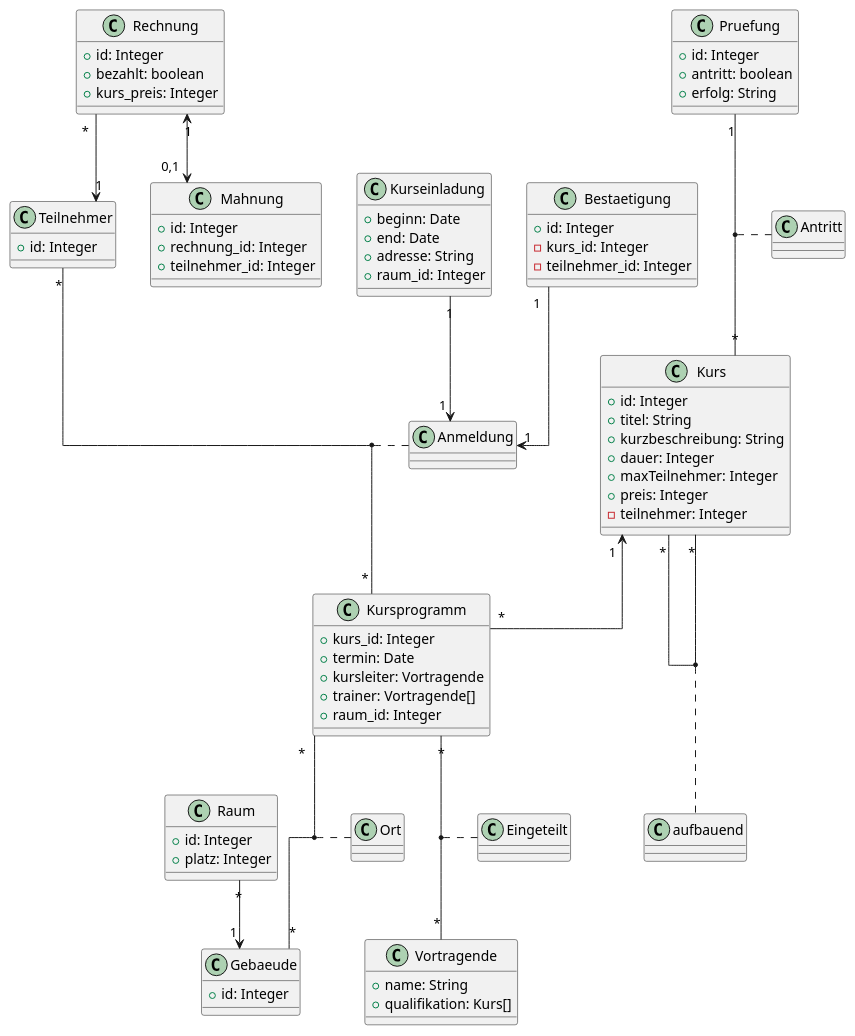
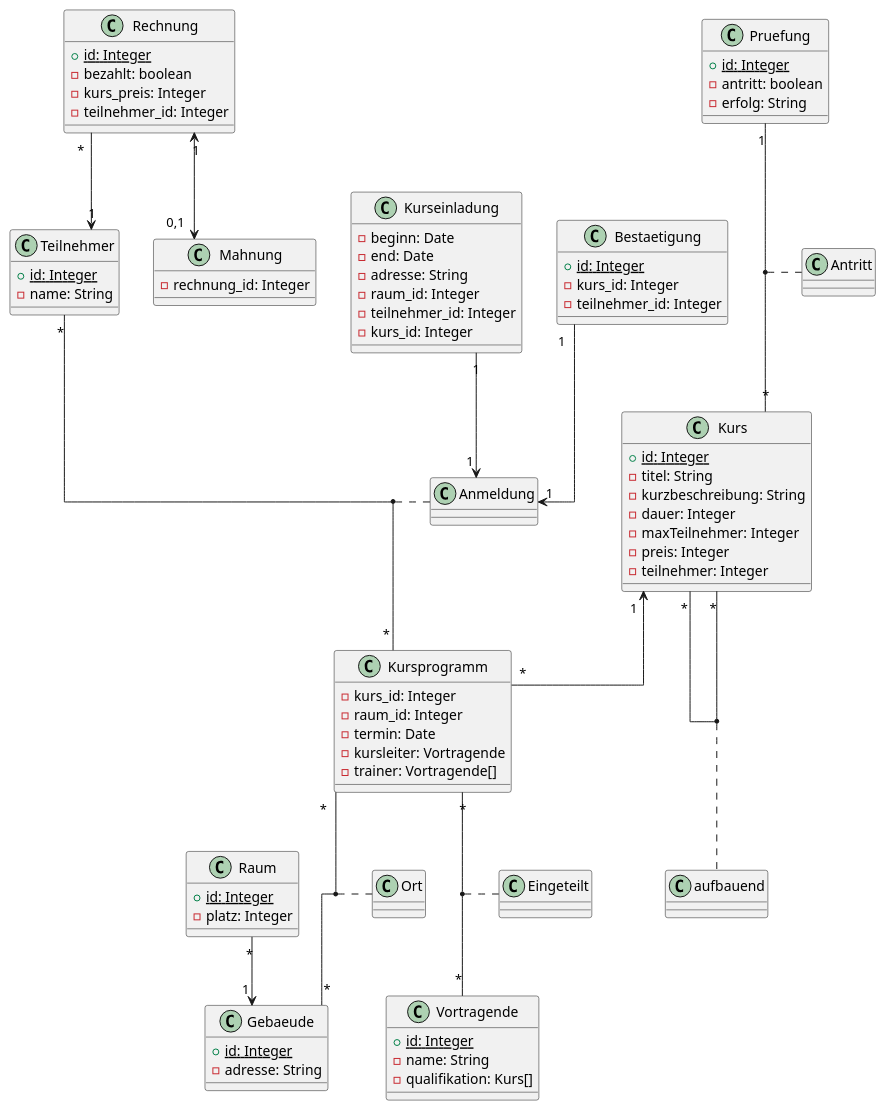
One commit to floradallinger/htl3 changed the diagram in syp/plantuml_uebungen/001_kursverwaltung.puml. Above: the diagram before and after it, drawn with PlantUML. The commit also changed 1 other file, not shown here.

Commit message:
small mistake at the uml and did a small task in nscs (shell program to safe files)

```diff
--- a/syp/plantuml_uebungen/001_kursverwaltung.puml
+++ b/syp/plantuml_uebungen/001_kursverwaltung.puml
@@ -1,105 +1,109 @@
 @startuml
 skinparam linetype ortho
 'https://plantuml.com/class-diagram
 
 class Kurs{
-+id: Integer
-+titel: String
-+kurzbeschreibung: String
-+dauer: Integer
-+maxTeilnehmer: Integer
-+preis: Integer
++{static}id: Integer
+-titel: String
+-kurzbeschreibung: String
+-dauer: Integer
+-maxTeilnehmer: Integer
+-preis: Integer
 -teilnehmer: Integer
 }
 
 class Kursprogramm{
-+kurs_id: Integer
-+termin: Date
-+kursleiter: Vortragende
-+trainer: Vortragende[]
-+raum_id: Integer
+-kurs_id: Integer
+-raum_id: Integer
+-termin: Date
+-kursleiter: Vortragende
+-trainer: Vortragende[]
 }
 
 class Raum{
-+id: Integer
-+platz: Integer
++{static}id: Integer
+-platz: Integer
 }
 
 class Gebaeude{
-+id: Integer
++{static}id: Integer
+-adresse: String
 }
 
 class Vortragende{
-+name: String
-+qualifikation: Kurs[]
++{static}id: Integer
+-name: String
+-qualifikation: Kurs[]
 }
 
 class Kurseinladung{
-+beginn: Date
-+end: Date
-+adresse: String
-+raum_id: Integer
+-beginn: Date
+-end: Date
+-adresse: String
+-raum_id: Integer
+-teilnehmer_id: Integer
+-kurs_id: Integer
 }
 
 class Teilnehmer{
-+id: Integer
++{static}id: Integer
+-name: String
 }
 
 class Bestaetigung{
-+id: Integer
++{static}id: Integer
 -kurs_id: Integer
 -teilnehmer_id: Integer
 }
 
 class Rechnung{
-+ id: Integer
-+ bezahlt: boolean
-+ kurs_preis: Integer
++{static}id: Integer
+-bezahlt: boolean
+-kurs_preis: Integer
+-teilnehmer_id: Integer
 }
 
 class Mahnung{
-+id: Integer
-+rechnung_id: Integer
-+teilnehmer_id: Integer
+-rechnung_id: Integer
 }
 
 class Pruefung{
-+id: Integer
-+antritt: boolean
-+erfolg: String
++{static}id: Integer
+-antritt: boolean
+-erfolg: String
 }
 
 
 Kurs "*"--"*" Kurs
 
 (Kurs, Kurs) .. aufbauend
 
 Raum "*"-->"1" Gebaeude
 
 Kurs "1"<--"*" Kursprogramm
 
 Kursprogramm "*"--"*" Gebaeude
 
 (Kursprogramm, Gebaeude) .. Ort
 
 Kursprogramm "*"--"*" Vortragende
 
 (Kursprogramm, Vortragende) .. Eingeteilt
 
 Kurseinladung "1"-->"1" Anmeldung
 
 Bestaetigung "1"-->"1" Anmeldung
 
 Rechnung "*"-->"1" Teilnehmer
 
 Teilnehmer "*"--"*" Kursprogramm
 
 (Teilnehmer, Kursprogramm) .. Anmeldung
 
 Rechnung "1"<-->"0,1" Mahnung
 
 Pruefung "1"--"*" Kurs
 
 (Pruefung, Kurs) .. Antritt
 
 @enduml
```
